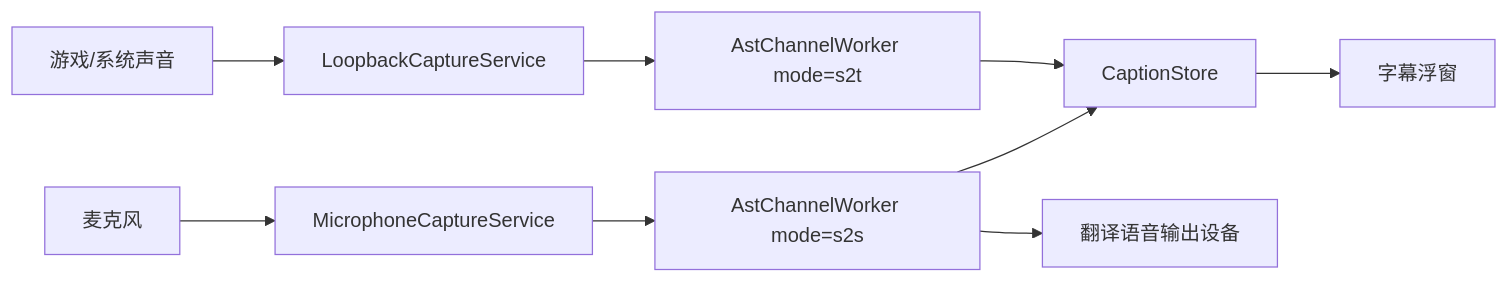
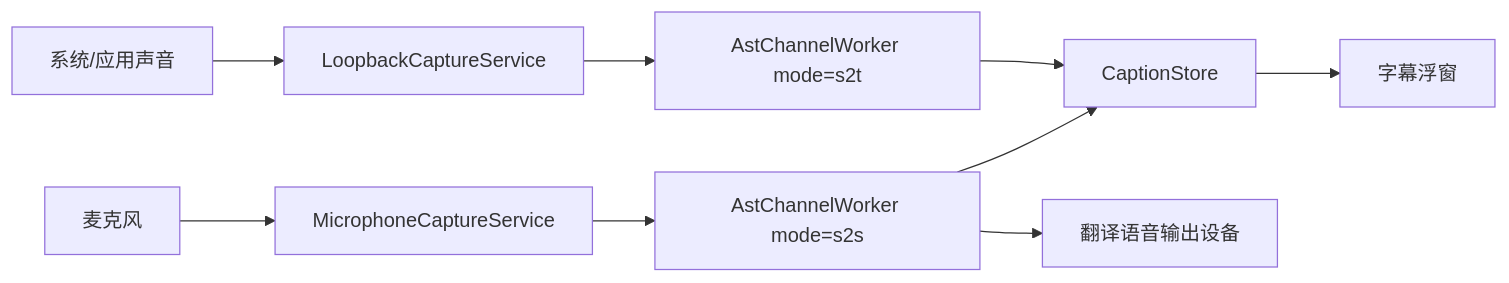
Before and after one commit to sffzh/SubRelay: the diagram in docs/design/ast-dual-channel-design.md, drawn with Mermaid. The commit also changed other lines of this file and 18 other files, not shown here.

Commit message:
Generalize relay captions for system audio

````diff
--- a/docs/design/ast-dual-channel-design.md
+++ b/docs/design/ast-dual-channel-design.md
@@ -162,11 +162,11 @@
 ```mermaid
 flowchart LR
     Mic["麦克风"] --> MicCapture["MicrophoneCaptureService"]
-    Game["游戏/系统声音"] --> Loopback["LoopbackCaptureService"]
+    SystemAudio["系统/应用声音"] --> Loopback["LoopbackCaptureService"]
     MicCapture --> AstMic["AstChannelWorker mode=s2s"]
-    Loopback --> AstGame["AstChannelWorker mode=s2t"]
+    Loopback --> AstSystem["AstChannelWorker mode=s2t"]
     AstMic --> CaptionStore["CaptionStore"]
-    AstGame --> CaptionStore
+    AstSystem --> CaptionStore
     AstMic --> AudioOut["翻译语音输出设备"]
     CaptionStore --> Overlay["字幕浮窗"]
 ```
````
